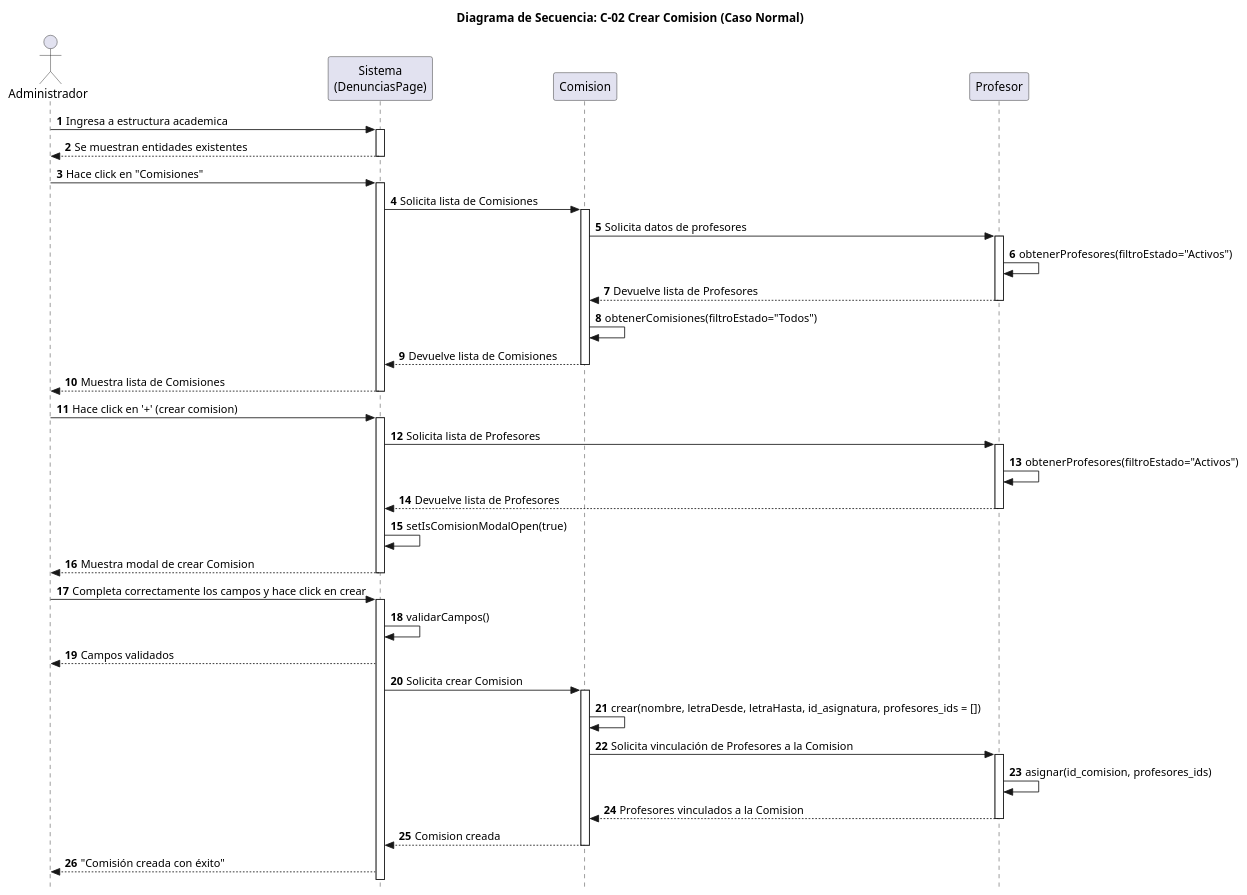
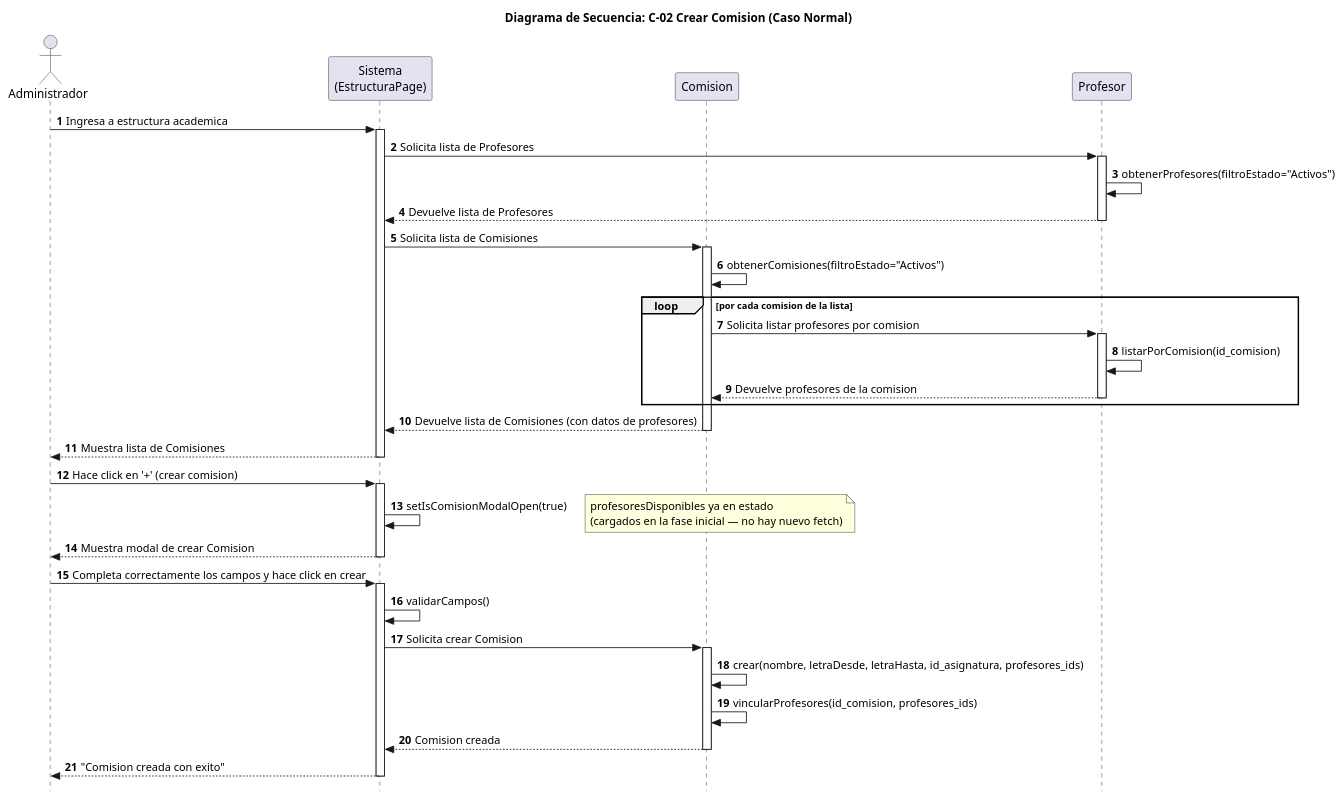
Before and after one commit to SantiagoScetti/sic-unne-admin: the diagram in docs/puml/diagramas_de_Secuencia_Sabrina/C-02Crear Comisión (Caso Normal).puml, drawn with PlantUML. The commit also changed 20 other files, not shown here.

Commit message:
Actualizaciones de los codigos puml para diagramas de secuencia y creacion de servicios en profesor, denuncia y comision

```diff
--- a/docs/puml/diagramas_de_Secuencia_Sabrina/C-02Crear Comisión (Caso Normal).puml
+++ b/docs/puml/diagramas_de_Secuencia_Sabrina/C-02Crear Comisión (Caso Normal).puml
@@ -1,64 +1,73 @@
 @startuml
 
 title Diagrama de Secuencia: C-02 Crear Comision (Caso Normal)
 
 skinparam style strictuml
 skinparam ParticipantPadding 30
 skinparam BoxPadding 12
 
 autonumber
 
 actor Administrador
-participant "Sistema\n(DenunciasPage)" as Interfaz
-participant "Comision"
-participant "Profesor"
+participant "Sistema\n(EstructuraPage)" as Interfaz
+participant "Comision"                   as Comision
+participant "Profesor"                   as Profesor
+
+' ─── Carga inicial ────────────────────────────────────────────────────────────
 
 Administrador -> Interfaz: Ingresa a estructura academica
 activate Interfaz
-Interfaz --> Administrador: Se muestran entidades existentes
+
+
+  Interfaz -> Profesor: Solicita lista de Profesores
+  activate Profesor
+  Profesor -> Profesor: obtenerProfesores(filtroEstado="Activos")
+  Profesor --> Interfaz: Devuelve lista de Profesores
+  deactivate Profesor
+
+  Interfaz -> Comision: Solicita lista de Comisiones
+  activate Comision
+  Comision -> Comision: obtenerComisiones(filtroEstado="Activos")
+  loop por cada comision de la lista
+    Comision -> Profesor: Solicita listar profesores por comision
+    activate Profesor
+    Profesor -> Profesor: listarPorComision(id_comision)
+    Profesor --> Comision: Devuelve profesores de la comision
+    deactivate Profesor
+  end
+  Comision --> Interfaz: Devuelve lista de Comisiones (con datos de profesores)
+  deactivate Comision
+
+
+Interfaz --> Administrador: Muestra lista de Comisiones
 deactivate Interfaz
 
-Administrador -> Interfaz: Hace click en "Comisiones"
-activate Interfaz
-Interfaz -> Comision: Solicita lista de Comisiones
-activate Comision
-Comision -> Profesor: Solicita datos de profesores
-activate Profesor
-Profesor -> Profesor: obtenerProfesores(filtroEstado="Activos")
-Profesor --> Comision: Devuelve lista de Profesores
-deactivate Profesor
-Comision -> Comision: obtenerComisiones(filtroEstado="Todos")
-Comision --> Interfaz: Devuelve lista de Comisiones
-deactivate Comision
-Interfaz --> Administrador: Muestra lista de Comisiones
-deactivate Interfaz
+' ─── Abrir modal de creacion ──────────────────────────────────────────────────
+
 Administrador -> Interfaz: Hace click en '+' (crear comision)
 activate Interfaz
-Interfaz -> Profesor: Solicita lista de Profesores
-activate Profesor
-Profesor -> Profesor: obtenerProfesores(filtroEstado="Activos")
-Profesor --> Interfaz: Devuelve lista de Profesores
-deactivate Profesor
 Interfaz -> Interfaz: setIsComisionModalOpen(true)
+note right
+  profesoresDisponibles ya en estado
+  (cargados en la fase inicial — no hay nuevo fetch)
+end note
 Interfaz --> Administrador: Muestra modal de crear Comision
 deactivate Interfaz
+
+' ─── Crear comision ───────────────────────────────────────────────────────────
+
 Administrador -> Interfaz: Completa correctamente los campos y hace click en crear
 activate Interfaz
 Interfaz -> Interfaz: validarCampos()
-Interfaz --> Administrador: Campos validados
 Interfaz -> Comision: Solicita crear Comision
 activate Comision
-Comision -> Comision: crear(nombre, letraDesde, letraHasta, id_asignatura, profesores_ids = [])
-Comision -> Profesor: Solicita vinculación de Profesores a la Comision
-activate Profesor
-Profesor -> Profesor: asignar(id_comision, profesores_ids)
-Profesor --> Comision: Profesores vinculados a la Comision
-deactivate Profesor
+Comision -> Comision: crear(nombre, letraDesde, letraHasta, id_asignatura, profesores_ids)
+
+  Comision -> Comision: vincularProfesores(id_comision, profesores_ids)
+
 Comision --> Interfaz: Comision creada
 deactivate Comision
-Interfaz --> Administrador: "Comisión creada con éxito"
-
-
-
+Interfaz --> Administrador: "Comision creada con exito"
+deactivate Interfaz
 
 @enduml
```
